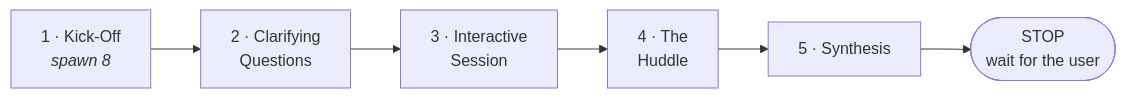
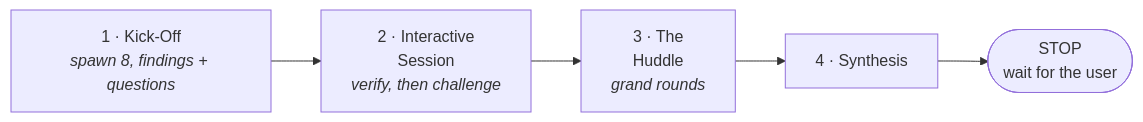
The first of 2 diagrams in docs/workflow.md (bgreg/moe-peer-review), drawn with Mermaid before and after one commit. The commit also changed other lines of this file and 20 other files, not shown here.

````diff
--- a/docs/workflow.md
+++ b/docs/workflow.md
@@ -5,8 +5,7 @@
 ```mermaid
 flowchart LR
-    P1["1 · Kick-Off<br/><i>spawn 8</i>"] --> P2["2 · Clarifying<br/>Questions"]
-    P2 --> P3["3 · Interactive<br/>Session"]
-    P3 --> P4["4 · The<br/>Huddle"]
-    P4 --> P5["5 · Synthesis"]
-    P5 --> STOP(["STOP<br/>wait for the user"])
+    P1["1 · Kick-Off<br/><i>spawn 8, findings + questions</i>"] --> P2["2 · Interactive<br/>Session<br/><i>verify, then challenge</i>"]
+    P2 --> P3["3 · The<br/>Huddle<br/><i>grand rounds</i>"]
+    P3 --> P4["4 · Synthesis"]
+    P4 --> STOP(["STOP<br/>wait for the user"])
 ```
````
